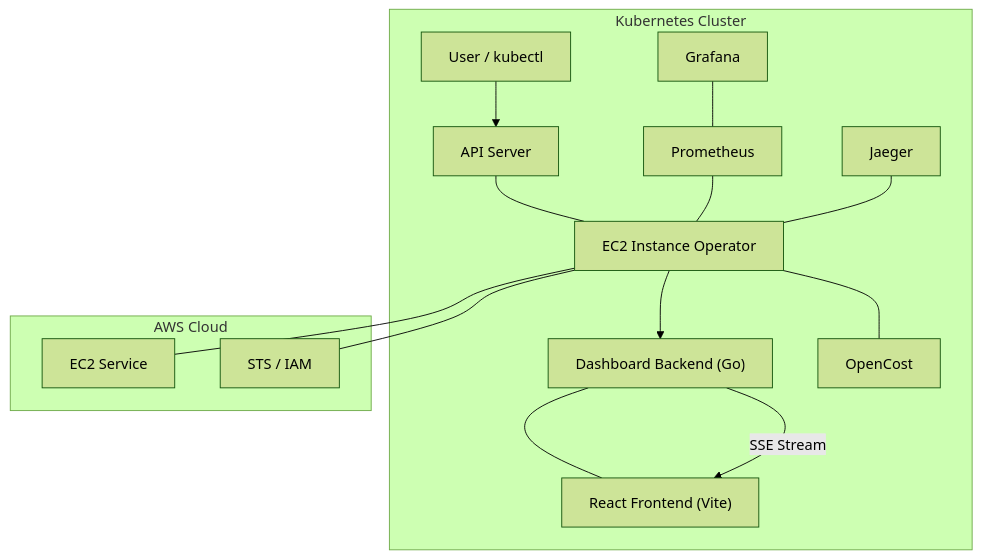
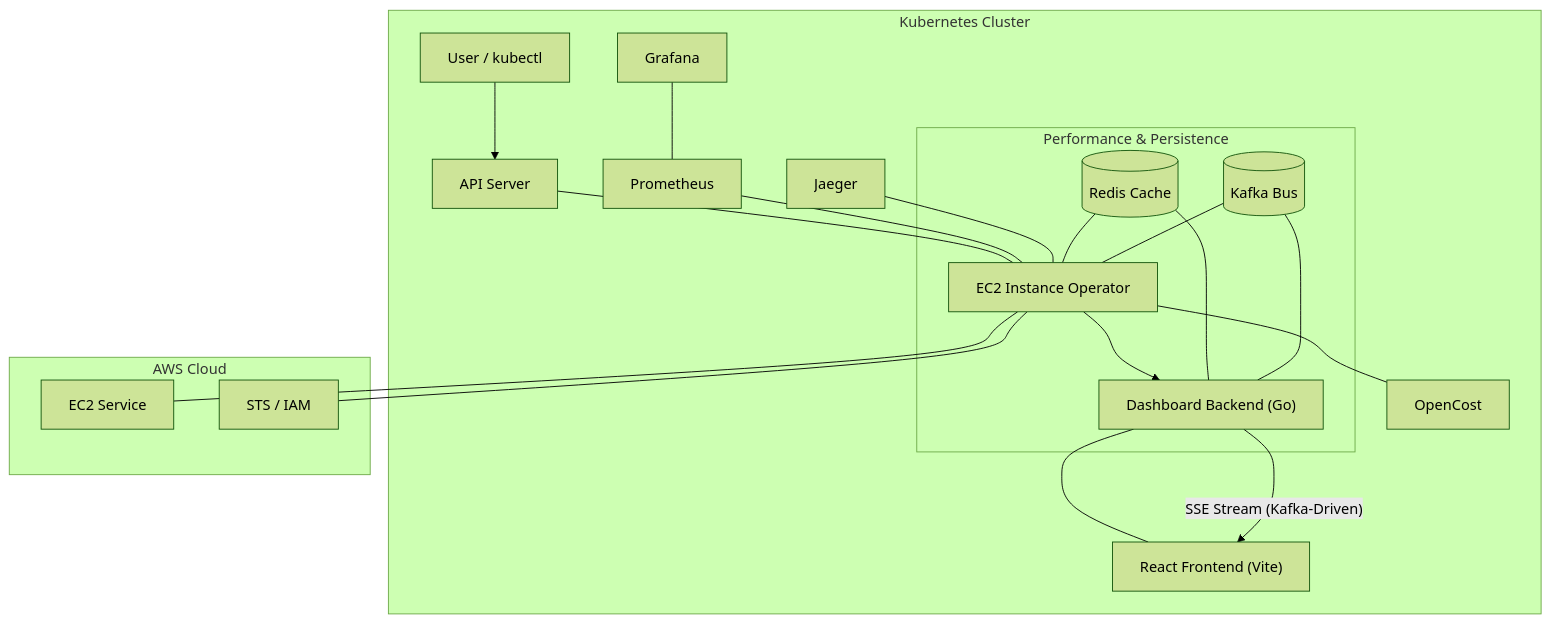
Before and after one commit to Iam-Karan-Suresh/Operator-Repository: the diagram in docs/ARCHITECTURE.md, drawn with Mermaid (forest theme). The commit also changed other lines of this file and 17 other files, not shown here.

Commit message:
feat: adding the redis and kafka to improve the performance and latency of the operator and api

````diff
--- a/docs/ARCHITECTURE.md
+++ b/docs/ARCHITECTURE.md
@@ -7,20 +7,27 @@
 ```mermaid
 graph TD
     subgraph "Kubernetes Cluster"
         A["User / kubectl"] --> B["API Server"]
         B --- C["EC2 Instance Operator"]
         C --> D["Dashboard Backend (Go)"]
         D --- E["React Frontend (Vite)"]
         F["Prometheus"] --- C
         G["Grafana"] --- F
         H["Jaeger"] --- C
         C --- I["OpenCost"]
+        
+        subgraph "Performance & Persistence"
+            R[("Redis Cache")] --- C
+            K[("Kafka Bus")] --- C
+            R --- D
+            K --- D
+        end
     end
     
     subgraph "AWS Cloud"
         C --- J["EC2 Service"]
-        C --- K["STS / IAM"]
+        C --- L["STS / IAM"]
     end
 
-    D -- "SSE Stream" --> E
+    D -- "SSE Stream (Kafka-Driven)" --> E
 ```
````
